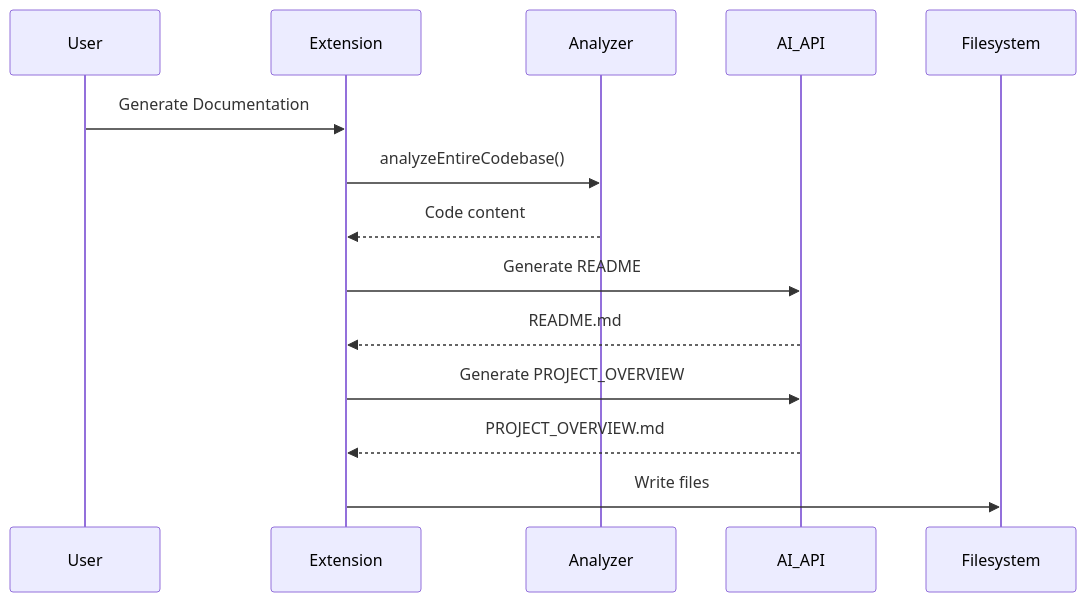
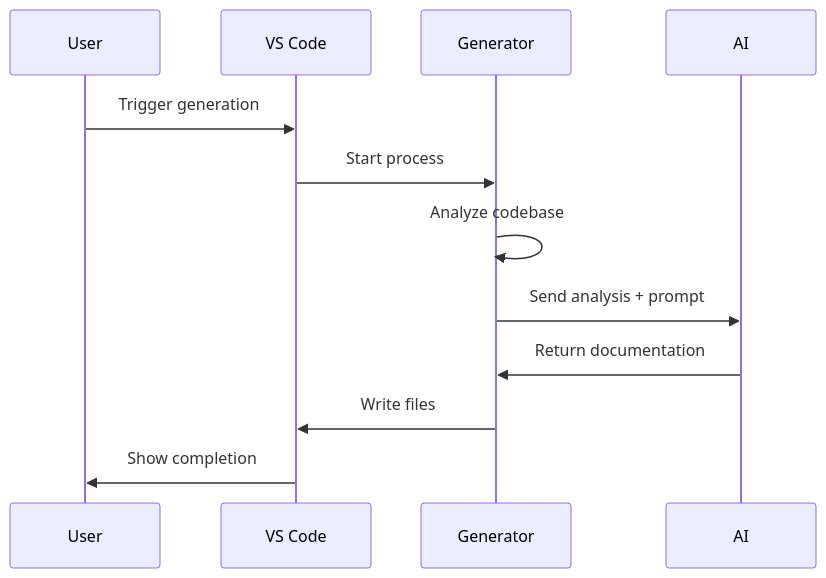
One commit to voznyye/AutoDoc changed the fourth of 5 diagrams in PROJECT_OVERVIEW.md. Above: the diagram before and after it, drawn with Mermaid. The commit also changed other lines of this file and 1 other file, not shown here.

Commit message:
Revise PROJECT_OVERVIEW.md and README.md for improved clarity and organization. Update section titles, enhance feature descriptions, and streamline installation and usage instructions. Introduce new configuration options and automatic update workflows for better user experience.

````diff
--- a/PROJECT_OVERVIEW.md
+++ b/PROJECT_OVERVIEW.md
@@ -308,16 +253,15 @@
 ```mermaid
 sequenceDiagram
     participant User
-    participant Extension
-    participant Analyzer
-    participant AI_API
+    participant VS Code
+    participant Generator
+    participant AI
     
-    User->>Extension: Generate Documentation
-    Extension->>Analyzer: analyzeEntireCodebase()
-    Analyzer-->>Extension: Code content
-    Extension->>AI_API: Generate README
-    AI_API-->>Extension: README.md
-    Extension->>AI_API: Generate PROJECT_OVERVIEW
-    AI_API-->>Extension: PROJECT_OVERVIEW.md
-    Extension->>Filesystem: Write files
+    User->>VS Code: Trigger generation
+    VS Code->>Generator: Start process
+    Generator->>Generator: Analyze codebase
+    Generator->>AI: Send analysis + prompt
+    AI->>Generator: Return documentation
+    Generator->>VS Code: Write files
+    VS Code->>User: Show completion
 ```
````
